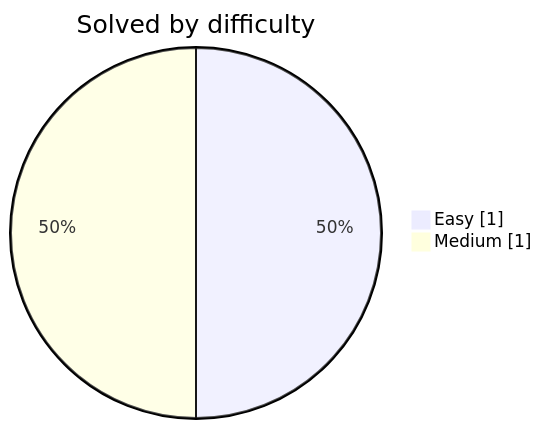
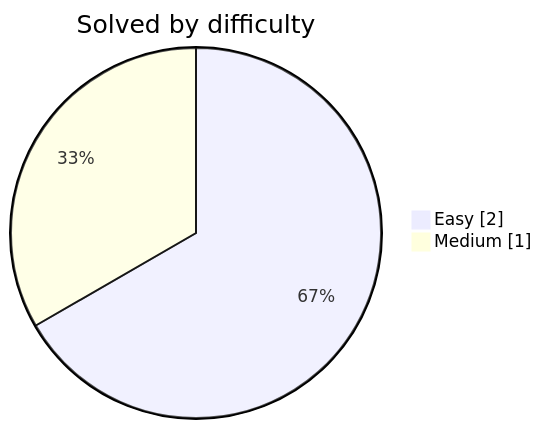
One commit to DwijeshD/leetcode-solutions changed the diagram in README.md. Above: the diagram before and after it, drawn with Mermaid. The commit also changed other lines of this file and 2 other files, not shown here.

````diff
--- a/README.md
+++ b/README.md
@@ -31,6 +31,6 @@
 ```mermaid
 pie showData
     title Solved by difficulty
-    "Easy" : 1
+    "Easy" : 2
     "Medium" : 1
 ```
````
